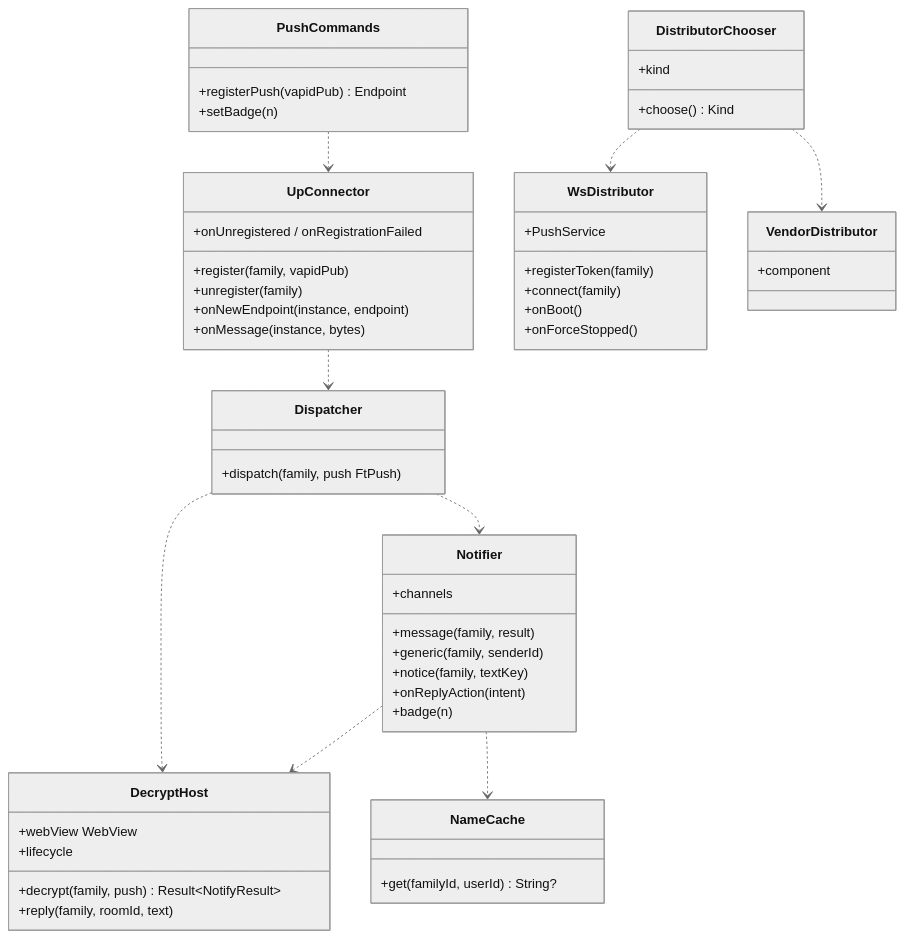
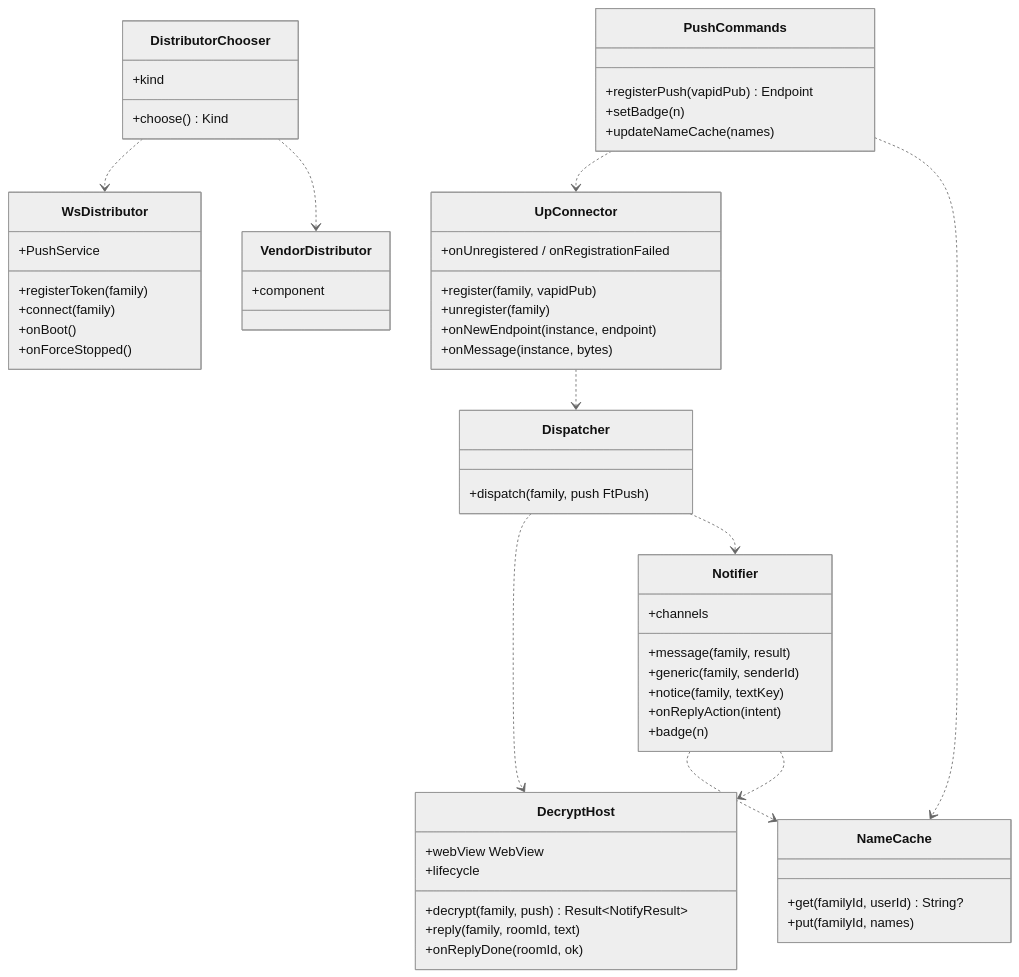
One commit to nrsd-ishikawasou/family-talk-pwa changed the diagram in dev/docs/jp/ブロック/and-push.md. Above: the diagram before and after it, drawn with Mermaid (neutral theme). The commit also changed other lines of this file and 290 other files, not shown here.

````diff
--- a/dev/docs/jp/ブロック/and-push.md
+++ b/dev/docs/jp/ブロック/and-push.md
@@ -18,56 +47,60 @@
 ```mermaid
 classDiagram
   class DistributorChooser {
     +choose() Kind
     +kind
   }
   class UpConnector {
     +register(family, vapidPub)
     +unregister(family)
     +onNewEndpoint(instance, endpoint)
     +onMessage(instance, bytes)
     +onUnregistered / onRegistrationFailed
   }
   class WsDistributor {
     +PushService
     +registerToken(family)
     +connect(family)
     +onBoot()
     +onForceStopped()
   }
   class VendorDistributor {
     +component
   }
   class Dispatcher {
     +dispatch(family, push FtPush)
   }
   class DecryptHost {
     +webView WebView
     +decrypt(family, push) Result~NotifyResult~
     +reply(family, roomId, text)
+    +onReplyDone(roomId, ok)
     +lifecycle
   }
   class Notifier {
     +channels
     +message(family, result)
     +generic(family, senderId)
     +notice(family, textKey)
     +onReplyAction(intent)
     +badge(n)
   }
   class NameCache {
     +get(familyId, userId) String?
+    +put(familyId, names)
   }
   class PushCommands {
     +registerPush(vapidPub) Endpoint
     +setBadge(n)
+    +updateNameCache(names)
   }
   DistributorChooser ..> WsDistributor
   DistributorChooser ..> VendorDistributor
   UpConnector ..> Dispatcher
   Dispatcher ..> DecryptHost
   Dispatcher ..> Notifier
   Notifier ..> NameCache
   Notifier ..> DecryptHost
   PushCommands ..> UpConnector
+  PushCommands ..> NameCache
 ```
````
